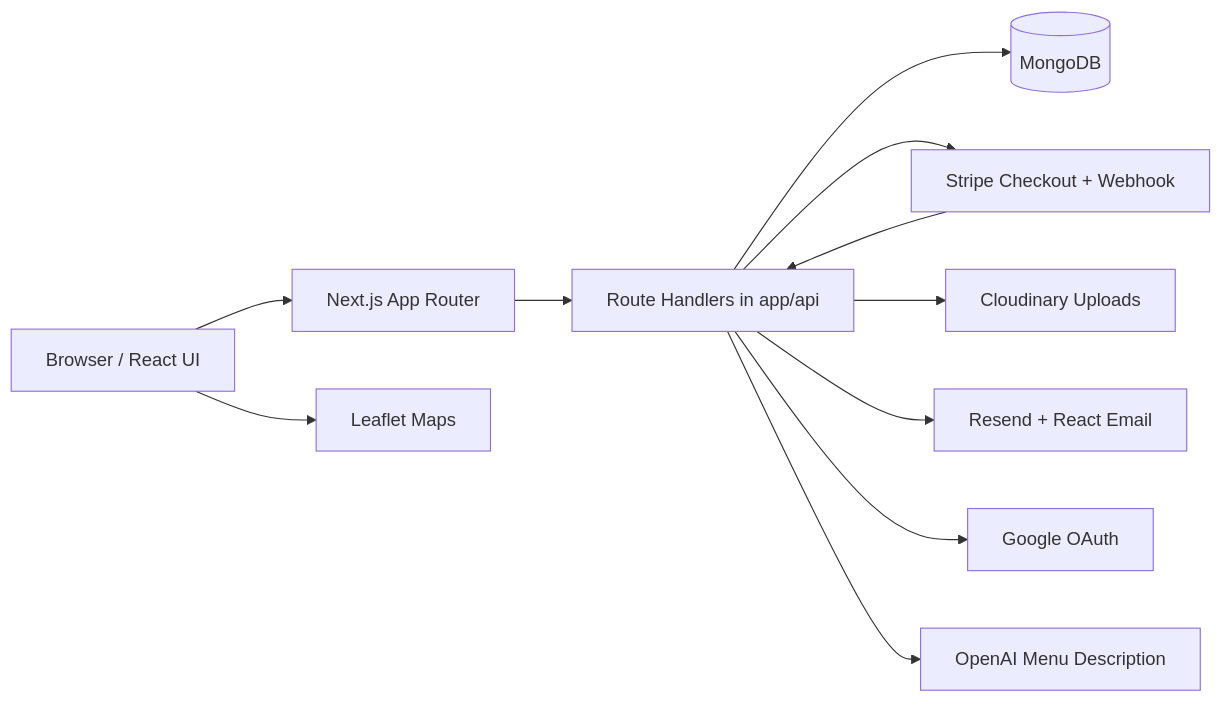
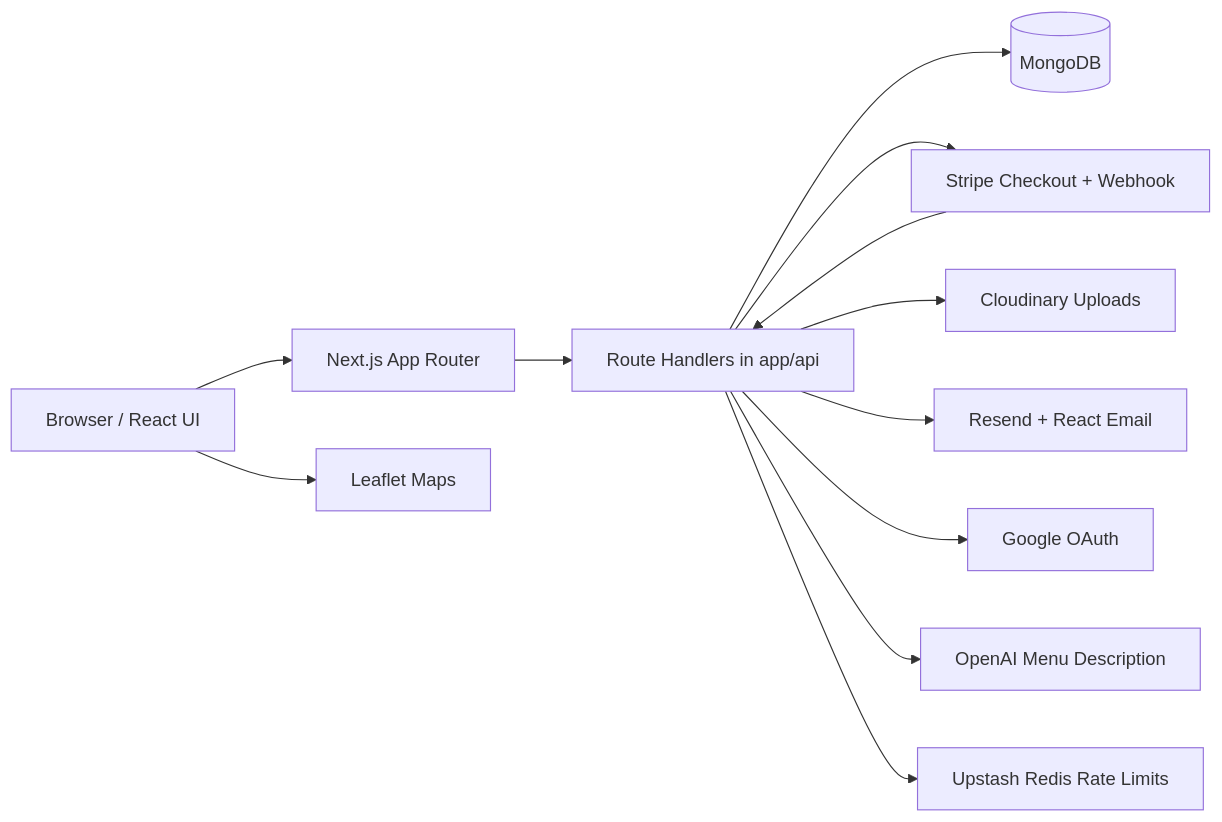
The first of 8 diagrams in ARCHITECTURE.md (kimamovic21/food-ordering-app-nextjs-cwd-yt-2023), drawn with Mermaid before and after one commit. The commit also changed other lines of this file and 22 other files, not shown here.

First line of the commit message:
Add Upstash Redis rate limiting

````diff
--- a/ARCHITECTURE.md
+++ b/ARCHITECTURE.md
@@ -9,24 +9,26 @@
 ```mermaid
 flowchart LR
   Browser[Browser / React UI]
   NextApp[Next.js App Router]
   Api[Route Handlers in app/api]
   Mongo[(MongoDB)]
   Stripe[Stripe Checkout + Webhook]
   Cloudinary[Cloudinary Uploads]
   Resend[Resend + React Email]
   Google[Google OAuth]
   OpenAI[OpenAI Menu Description]
+  Redis[Upstash Redis Rate Limits]
   Maps[Leaflet Maps]
 
   Browser --> NextApp
   NextApp --> Api
   Api --> Mongo
   Api --> Stripe
   Api --> Cloudinary
   Api --> Resend
   Api --> Google
   Api --> OpenAI
+  Api --> Redis
   Browser --> Maps
   Stripe --> Api
 ```
````
